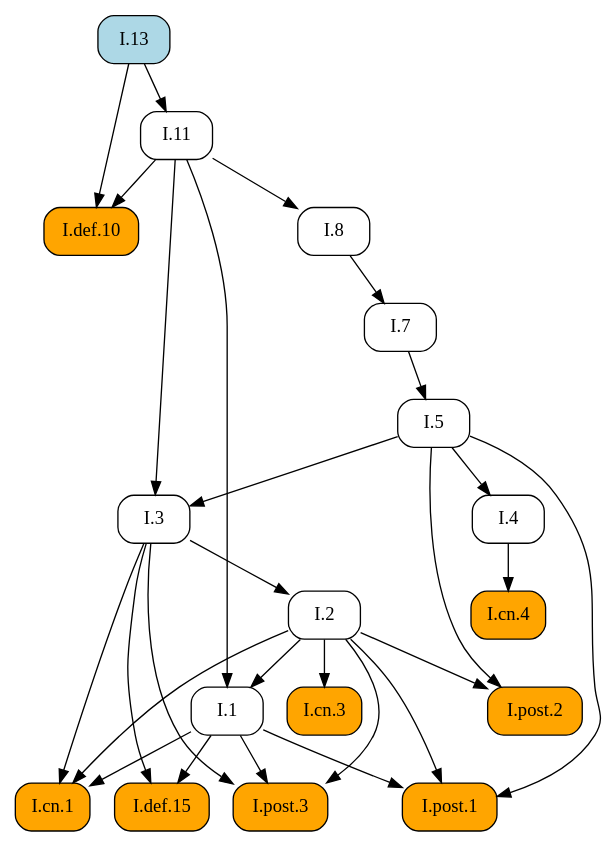
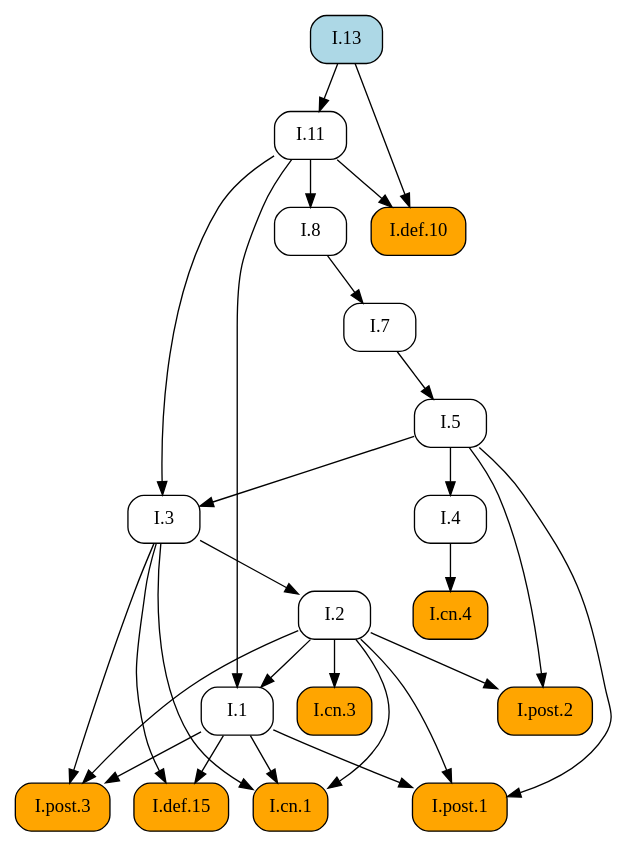
The diagram in docsrc/elements2/I/13/index.rst (geometor/elements), drawn with Graphviz before and after one commit. The commit also changed other lines of this file and 171 other files, not shown here.

```diff
--- a/docsrc/elements2/I/13/index.rst
+++ b/docsrc/elements2/I/13/index.rst
@@ -72,50 +72,50 @@
 .. graphviz::
 
    digraph {
      rankdir="TB";
      node [shape=box, style=rounded];
+     "I.8" [URL="/elements2/I/8/", target="_top"];
+     "I.1" [URL="/elements2/I/1/", target="_top"];
+     "I.cn.3" [style="rounded,filled", fillcolor=orange, URL="/elements2/I/cn.3/", target="_top"];
+     "I.cn.4" [style="rounded,filled", fillcolor=orange, URL="/elements2/I/cn.4/", target="_top"];
+     "I.7" [URL="/elements2/I/7/", target="_top"];
+     "I.post.1" [style="rounded,filled", fillcolor=orange, URL="/elements2/I/post.1/", target="_top"];
+     "I.5" [URL="/elements2/I/5/", target="_top"];
+     "I.cn.1" [style="rounded,filled", fillcolor=orange, URL="/elements2/I/cn.1/", target="_top"];
      "I.def.10" [style="rounded,filled", fillcolor=orange, URL="/elements2/I/def.10/", target="_top"];
-     "I.8" [URL="/elements2/I/8/", target="_top"];
+     "I.13" [style="rounded,filled", fillcolor=lightblue, URL="/elements2/I/13/", target="_top"];
      "I.2" [URL="/elements2/I/2/", target="_top"];
      "I.def.15" [style="rounded,filled", fillcolor=orange, URL="/elements2/I/def.15/", target="_top"];
-     "I.cn.4" [style="rounded,filled", fillcolor=orange, URL="/elements2/I/cn.4/", target="_top"];
+     "I.4" [URL="/elements2/I/4/", target="_top"];
+     "I.11" [URL="/elements2/I/11/", target="_top"];
+     "I.3" [URL="/elements2/I/3/", target="_top"];
+     "I.post.2" [style="rounded,filled", fillcolor=orange, URL="/elements2/I/post.2/", target="_top"];
      "I.post.3" [style="rounded,filled", fillcolor=orange, URL="/elements2/I/post.3/", target="_top"];
-     "I.1" [URL="/elements2/I/1/", target="_top"];
-     "I.post.2" [style="rounded,filled", fillcolor=orange, URL="/elements2/I/post.2/", target="_top"];
-     "I.13" [style="rounded,filled", fillcolor=lightblue, URL="/elements2/I/13/", target="_top"];
-     "I.post.1" [style="rounded,filled", fillcolor=orange, URL="/elements2/I/post.1/", target="_top"];
-     "I.7" [URL="/elements2/I/7/", target="_top"];
-     "I.cn.1" [style="rounded,filled", fillcolor=orange, URL="/elements2/I/cn.1/", target="_top"];
-     "I.3" [URL="/elements2/I/3/", target="_top"];
-     "I.cn.3" [style="rounded,filled", fillcolor=orange, URL="/elements2/I/cn.3/", target="_top"];
-     "I.11" [URL="/elements2/I/11/", target="_top"];
-     "I.5" [URL="/elements2/I/5/", target="_top"];
-     "I.4" [URL="/elements2/I/4/", target="_top"];
+     "I.11" -> "I.8";
+     "I.2" -> "I.1";
+     "I.11" -> "I.1";
+     "I.2" -> "I.cn.3";
+     "I.4" -> "I.cn.4";
+     "I.8" -> "I.7";
+     "I.1" -> "I.post.1";
+     "I.2" -> "I.post.1";
+     "I.5" -> "I.post.1";
+     "I.7" -> "I.5";
+     "I.1" -> "I.cn.1";
+     "I.2" -> "I.cn.1";
+     "I.3" -> "I.cn.1";
      "I.11" -> "I.def.10";
      "I.13" -> "I.def.10";
-     "I.11" -> "I.8";
      "I.3" -> "I.2";
      "I.1" -> "I.def.15";
      "I.3" -> "I.def.15";
-     "I.4" -> "I.cn.4";
+     "I.5" -> "I.4";
+     "I.13" -> "I.11";
+     "I.5" -> "I.3";
+     "I.11" -> "I.3";
+     "I.2" -> "I.post.2";
+     "I.5" -> "I.post.2";
      "I.1" -> "I.post.3";
      "I.2" -> "I.post.3";
      "I.3" -> "I.post.3";
-     "I.2" -> "I.1";
-     "I.11" -> "I.1";
-     "I.2" -> "I.post.2";
-     "I.5" -> "I.post.2";
-     "I.1" -> "I.post.1";
-     "I.2" -> "I.post.1";
-     "I.5" -> "I.post.1";
-     "I.8" -> "I.7";
-     "I.1" -> "I.cn.1";
-     "I.2" -> "I.cn.1";
-     "I.3" -> "I.cn.1";
-     "I.5" -> "I.3";
-     "I.11" -> "I.3";
-     "I.2" -> "I.cn.3";
-     "I.13" -> "I.11";
-     "I.7" -> "I.5";
-     "I.5" -> "I.4";
    }
```
